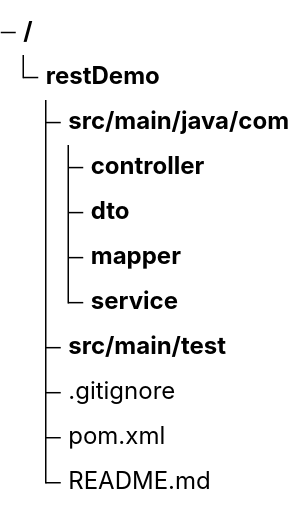
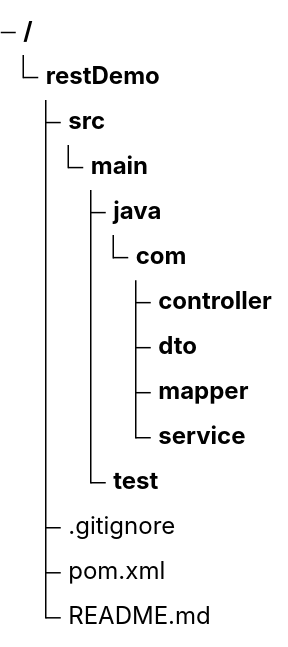
One commit to chanduujjina/Spring_Boot_Rest_AI changed the diagram in Read.md. Above: the diagram before and after it, drawn with Mermaid.

Commit message:
Revise directory structure in Read.md
Updated directory structure in Read.md to reflect changes.

````diff
--- a/Read.md
+++ b/Read.md
@@ -1,14 +1,17 @@
 ```mermaid
 treeView-beta
             restDemo/
-                     src/main/java/com/
-                                   controller/
-                                   dto/
-                                   mapper/
-                                   service/
+                     src/
+                         main/
+                              java/
+                                  com/
+                                      controller/
+                                      dto/
+                                      mapper/
+                                     service/
                                
-                  src/main/test/
+                            test/
                 .gitignore
                 pom.xml
                 README.md
 ```
````
